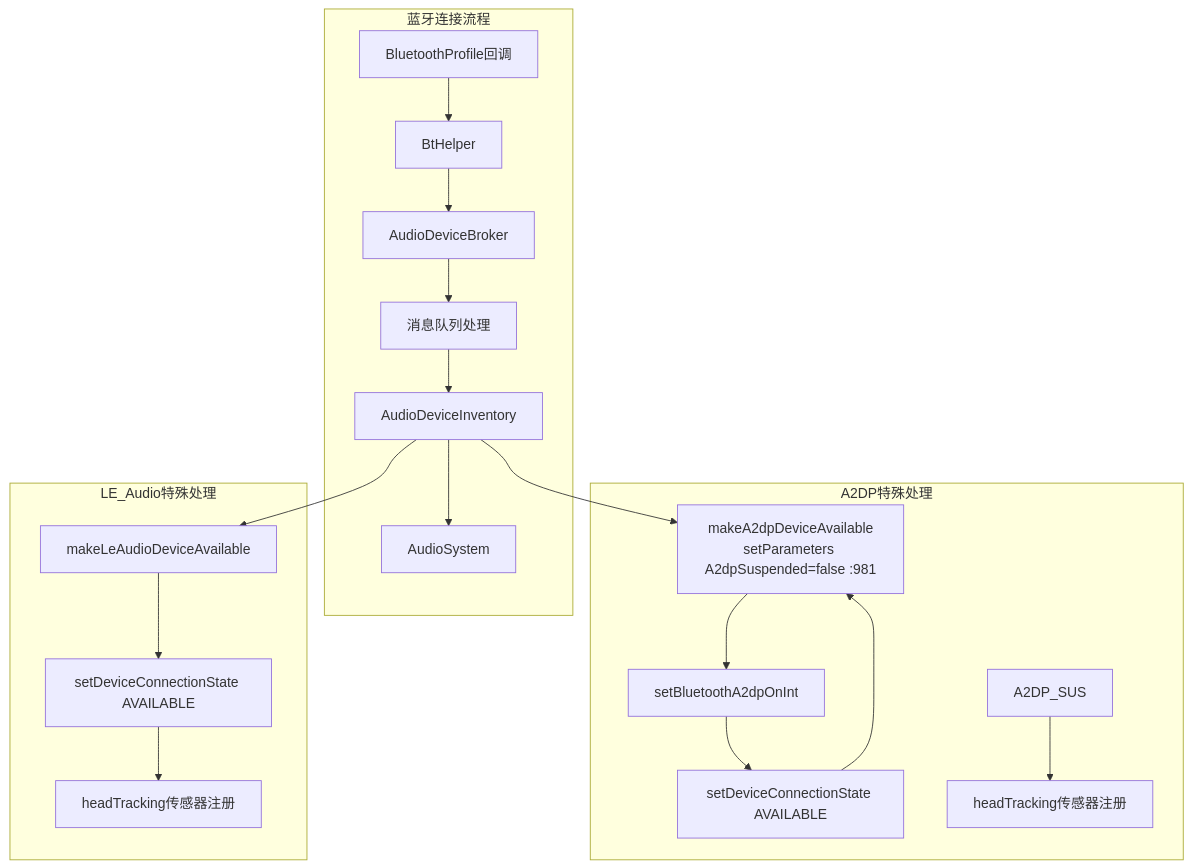
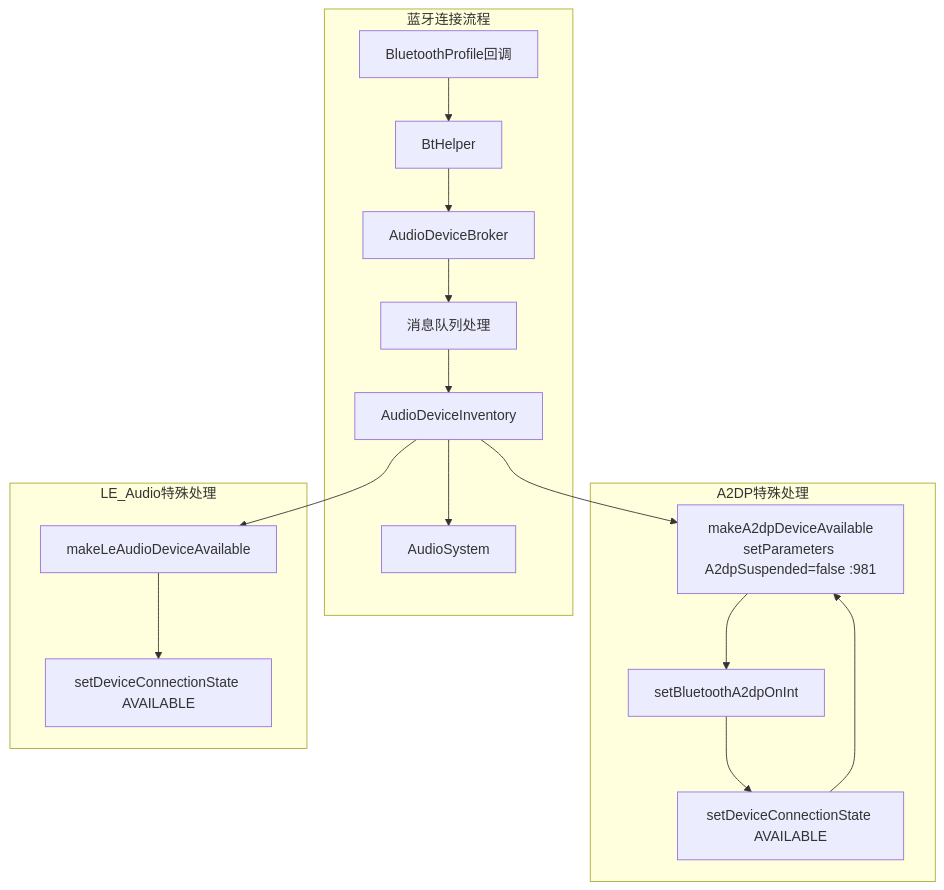
One commit to yanglinzhen1022/SA8295_AAOS_QNX_Audio_KnowledgeBase changed the fourth of 8 diagrams in 13_Volume_Device_Deep_Dive/13_13.2_Device状态机.md. Above: the diagram before and after it, drawn with Mermaid. The commit also changed other lines of this file and 4 other files, not shown here.

````diff
--- a/13_Volume_Device_Deep_Dive/13_13.2_Device状态机.md
+++ b/13_Volume_Device_Deep_Dive/13_13.2_Device状态机.md
@@ -273,24 +278,22 @@
 ```mermaid
 flowchart TB
     subgraph 蓝牙连接流程
         BT_CB[BluetoothProfile回调] --> BTH[BtHelper]
         BTH --> BROKER[AudioDeviceBroker]
         BROKER --> QUEUE[消息队列处理]
         QUEUE --> INV[AudioDeviceInventory]
         INV --> ASYS[AudioSystem]
     end
     
     subgraph A2DP特殊处理
         INV --> A2DP_AVAIL[makeA2dpDeviceAvailable]
         A2DP_AVAIL --> A2DP_ON[setBluetoothA2dpOnInt]
         A2DP_ON --> A2DP_CONNECT[setDeviceConnectionState AVAILABLE]
         A2DP_CONNECT --> A2DP_AVAIL[makeA2dpDeviceAvailable<br>setParameters A2dpSuspended=false :981]
-        A2DP_SUS --> A2DP_SENSOR[headTracking传感器注册]
     end
     
     subgraph LE_Audio特殊处理
         INV --> LE_MAKE[makeLeAudioDeviceAvailable]
         LE_MAKE --> LE_CONNECT[setDeviceConnectionState AVAILABLE]
-        LE_CONNECT --> LE_SENSOR[headTracking传感器注册]
     end
 ```
````
